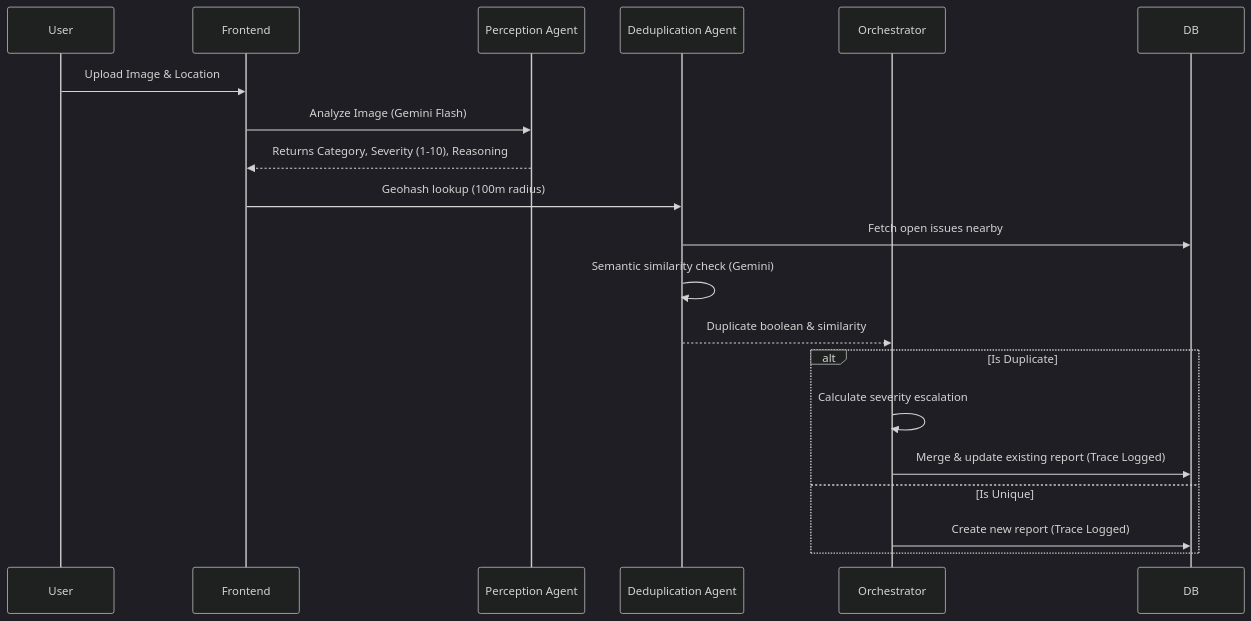
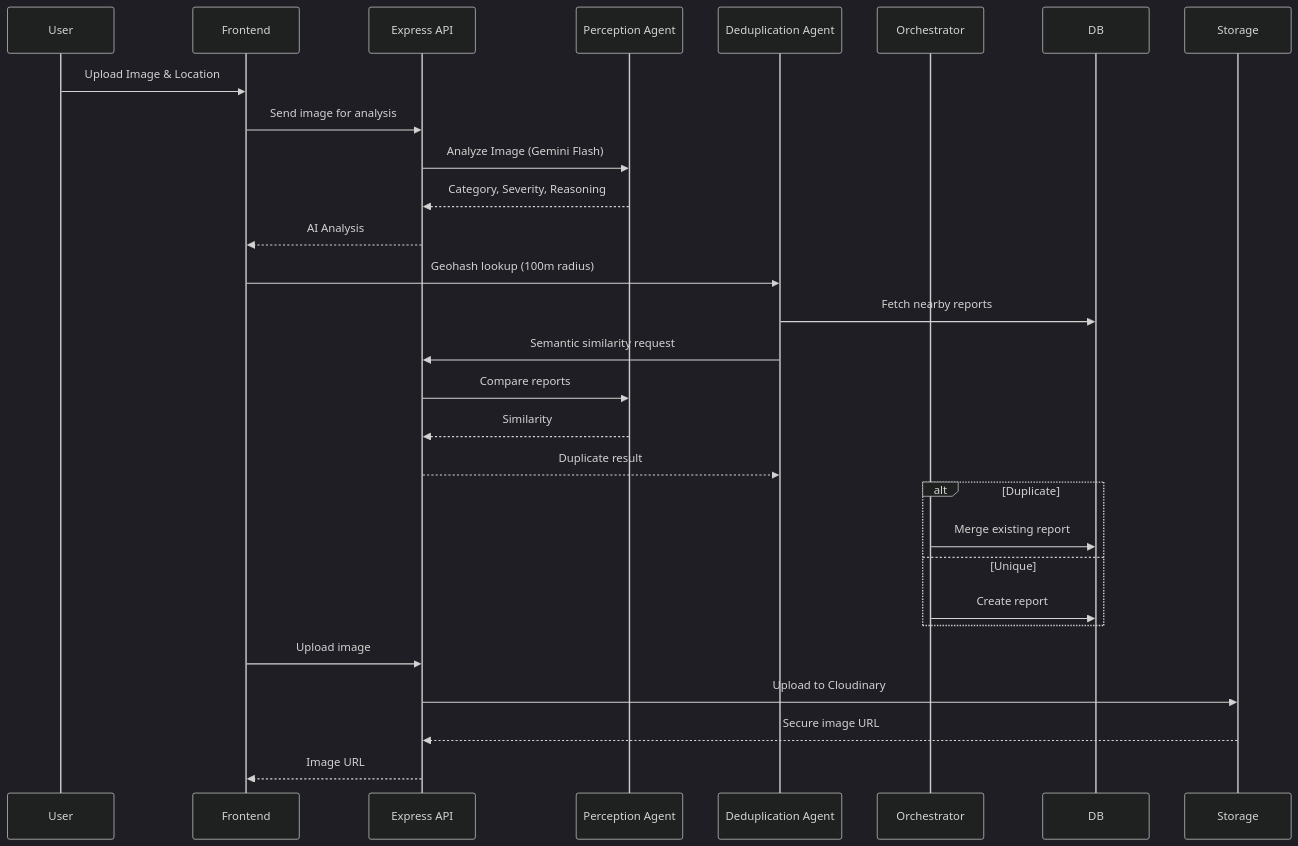
One commit to deekshashettyyy/CivicPulse changed the second of 3 diagrams in README.md. Above: the diagram before and after it, drawn with Mermaid (dark theme). The commit also changed other lines of this file and 1 other file, not shown here.

Commit message:
docs: update README and setup for secure backend proxy

````diff
--- a/README.md
+++ b/README.md
@@ -67,24 +66,35 @@
 ```mermaid
 sequenceDiagram
     participant User
     participant Frontend
+    participant Express API
     participant Perception Agent
     participant Deduplication Agent
     participant Orchestrator
     participant DB
 
     User->>Frontend: Upload Image & Location
-    Frontend->>Perception Agent: Analyze Image (Gemini Flash)
-    Perception Agent-->>Frontend: Returns Category, Severity (1-10), Reasoning
+
+    Frontend->>Express API: Send image for analysis
+    Express API->>Perception Agent: Analyze Image (Gemini Flash)
+    Perception Agent-->>Express API: Category, Severity, Reasoning
+    Express API-->>Frontend: AI Analysis
+
     Frontend->>Deduplication Agent: Geohash lookup (100m radius)
-    Deduplication Agent->>DB: Fetch open issues nearby
-    Deduplication Agent->>Deduplication Agent: Semantic similarity check (Gemini)
-    Deduplication Agent-->>Orchestrator: Duplicate boolean & similarity
-    
-    alt Is Duplicate
-        Orchestrator->>Orchestrator: Calculate severity escalation
-        Orchestrator->>DB: Merge & update existing report (Trace Logged)
-    else Is Unique
-        Orchestrator->>DB: Create new report (Trace Logged)
+    Deduplication Agent->>DB: Fetch nearby reports
+    Deduplication Agent->>Express API: Semantic similarity request
+    Express API->>Perception Agent: Compare reports
+    Perception Agent-->>Express API: Similarity
+    Express API-->>Deduplication Agent: Duplicate result
+
+    alt Duplicate
+        Orchestrator->>DB: Merge existing report
+    else Unique
+        Orchestrator->>DB: Create report
     end
+
+    Frontend->>Express API: Upload image
+    Express API->>Storage: Upload to Cloudinary
+    Storage-->>Express API: Secure image URL
+    Express API-->>Frontend: Image URL
 ```
````
